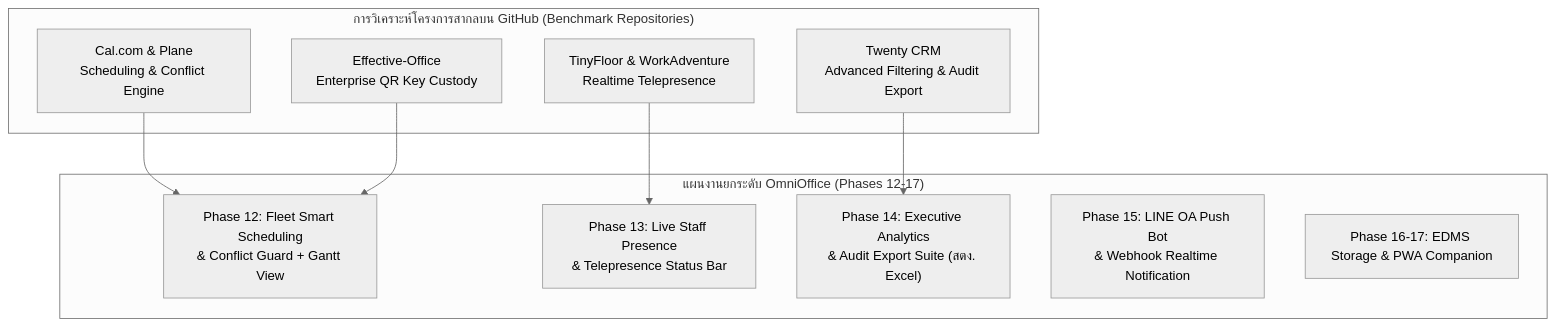
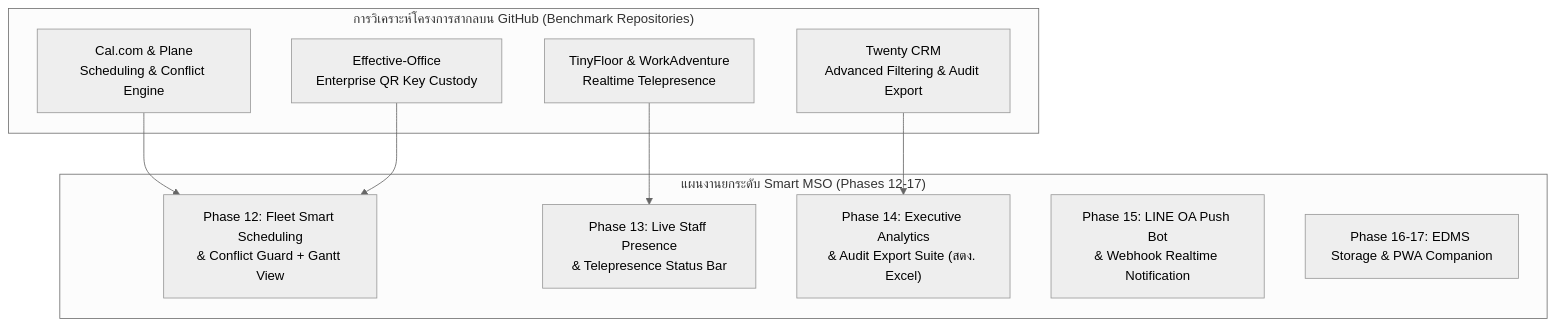
Before and after one commit to guitardev/virtual-office: the second of 2 diagrams in docs/README.md, drawn with Mermaid (neutral theme). The commit also changed other lines of this file and 25 other files, not shown here.

Commit message:
feat: implement Supabase client integration and database schema with authentication and storage utilities

````diff
--- a/docs/README.md
+++ b/docs/README.md
@@ -333,22 +333,22 @@
 ```mermaid
 graph TD
     subgraph Benchmark ["การวิเคราะห์โครงการสากลบน GitHub (Benchmark Repositories)"]
         B1["Cal.com & Plane<br/>Scheduling & Conflict Engine"]
         B2["Effective-Office<br/>Enterprise QR Key Custody"]
         B3["TinyFloor & WorkAdventure<br/>Realtime Telepresence"]
         B4["Twenty CRM<br/>Advanced Filtering & Audit Export"]
     end
 
-    subgraph OmniOfficeFuture ["แผนงานยกระดับ OmniOffice (Phases 12-17)"]
+    subgraph SmartMSOFuture ["แผนงานยกระดับ Smart MSO (Phases 12-17)"]
         F1["Phase 12: Fleet Smart Scheduling<br/>& Conflict Guard + Gantt View"]
         F2["Phase 13: Live Staff Presence<br/>& Telepresence Status Bar"]
         F3["Phase 14: Executive Analytics<br/>& Audit Export Suite (สตง. Excel)"]
         F4["Phase 15: LINE OA Push Bot<br/>& Webhook Realtime Notification"]
         F5["Phase 16-17: EDMS Storage & PWA Companion"]
     end
 
     B1 --> F1
     B2 --> F1
     B3 --> F2
     B4 --> F3
 ```
````
